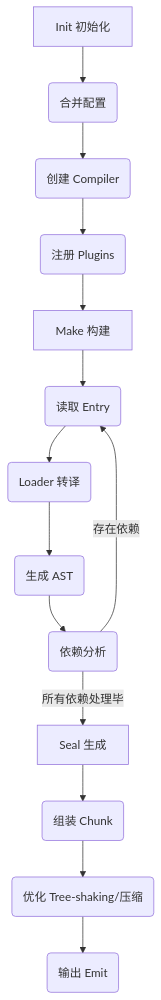
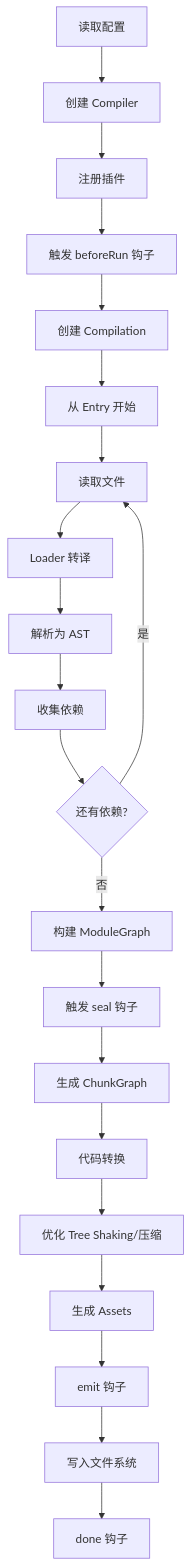
One commit to DBAAZzz/DBAAZzz.github.io changed the diagram in docs/courses/面试/05-工程化/webpack/02-webpack构建流程.md. Above: the diagram before and after it, drawn with Mermaid. The commit also changed other lines of this file and 12 other files, not shown here.

````diff
--- a/docs/courses/面试/05-工程化/webpack/02-webpack构建流程.md
+++ b/docs/courses/面试/05-工程化/webpack/02-webpack构建流程.md
@@ -55,16 +229,23 @@
 ```mermaid
-graph TD
-    A[Init 初始化] --> B(合并配置)
-    B --> C(创建 Compiler)
-    C --> D(注册 Plugins)
-    D --> E[Make 构建]
-    E --> F(读取 Entry)
-    F --> G(Loader 转译)
-    G --> H(生成 AST)
-    H --> I(依赖分析)
-    I --> |存在依赖| F
-    I --> |所有依赖处理毕| J[Seal 生成]
-    J --> K(组装 Chunk)
-    K --> L(优化 Tree-shaking/压缩)
-    L --> M(输出 Emit)
+graph TB
+    A[读取配置] --> B[创建 Compiler]
+    B --> C[注册插件]
+    C --> D[触发 beforeRun 钩子]
+    D --> E[创建 Compilation]
+    E --> F[从 Entry 开始]
+    F --> G[读取文件]
+    G --> H[Loader 转译]
+    H --> I[解析为 AST]
+    I --> J[收集依赖]
+    J --> K{还有依赖?}
+    K -->|是| G
+    K -->|否| L[构建 ModuleGraph]
+    L --> M[触发 seal 钩子]
+    M --> N[生成 ChunkGraph]
+    N --> O[代码转换]
+    O --> P[优化 Tree Shaking/压缩]
+    P --> Q[生成 Assets]
+    Q --> R[emit 钩子]
+    R --> S[写入文件系统]
+    S --> T[done 钩子]
 ```
````
